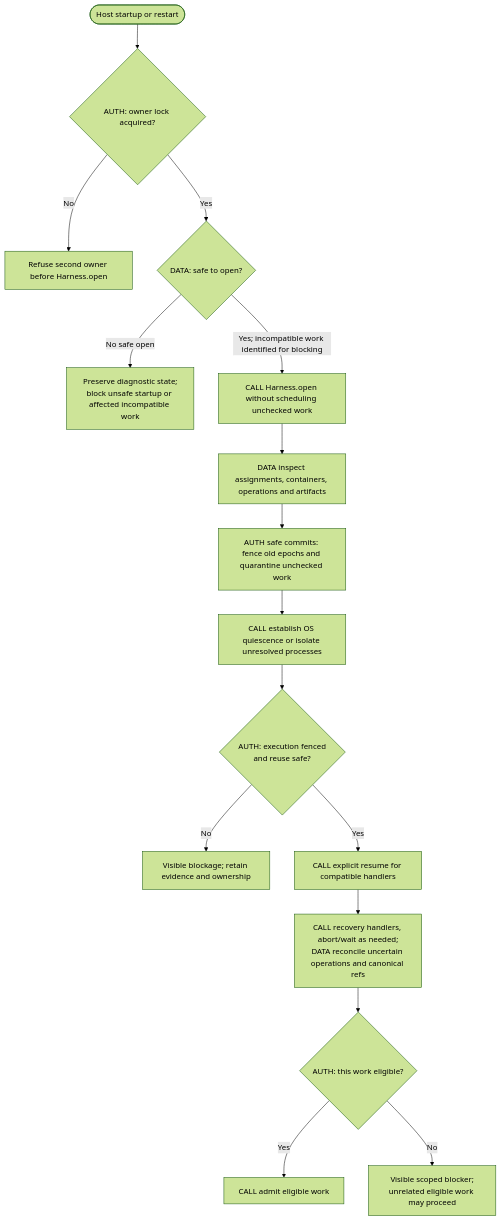
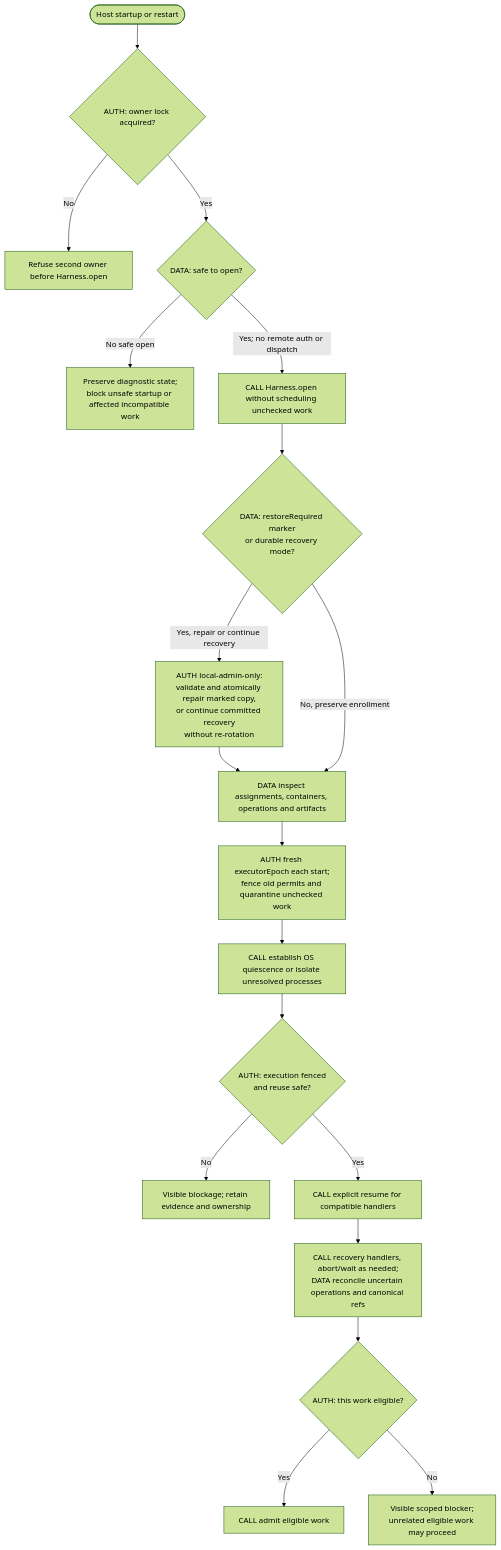
Before and after one commit to vicrdguez/render: diagram 12 of 13 in docs/spec.md, drawn with Mermaid (forest theme). The commit also changed other lines of this file and 1 other file, not shown here.

````diff
--- a/docs/spec.md
+++ b/docs/spec.md
@@ -852,30 +1127,36 @@
 ```mermaid
 flowchart TD
     Start(["Host startup or restart"])
     Lock{"AUTH: owner lock acquired?"}
     Refuse["Refuse second owner before Harness.open"]
     Compat{"DATA: safe to open?"}
     Diagnose["Preserve diagnostic state;<br/>block unsafe startup or affected incompatible work"]
     Open["CALL Harness.open without scheduling unchecked work"]
+    Restore{"DATA: restoreRequired marker<br/>or durable recovery mode?"}
+    Repair["AUTH local-admin-only:<br/>validate and atomically repair marked copy,<br/>or continue committed recovery<br/>without re-rotation"]
     Inspect["DATA inspect assignments, containers, operations and artifacts"]
-    Fence["AUTH safe commits: fence old epochs and quarantine unchecked work"]
+    Fence["AUTH fresh executorEpoch each start;<br/>fence old permits and quarantine unchecked work"]
     Stop["CALL establish OS quiescence or isolate unresolved processes"]
     Safe{"AUTH: execution fenced<br/>and reuse safe?"}
     Hold["Visible blockage; retain evidence and ownership"]
     Resume["CALL explicit resume for compatible handlers"]
     Reconcile["CALL recovery handlers, abort/wait as needed;<br/>DATA reconcile uncertain operations and canonical refs"]
     Eligible{"AUTH: this work eligible?"}
     Run["CALL admit eligible work"]
     Block["Visible scoped blocker;<br/>unrelated eligible work may proceed"]
     Start --> Lock
     Lock -->|"No"| Refuse
     Lock -->|"Yes"| Compat
     Compat -->|"No safe open"| Diagnose
-    Compat -->|"Yes; incompatible work identified for blocking"| Open
-    Open --> Inspect --> Fence --> Stop --> Safe
+    Compat -->|"Yes; no remote auth or dispatch"| Open
+    Open --> Restore
+    Restore -->|"Yes, repair or continue recovery"| Repair
+    Repair --> Inspect
+    Restore -->|"No, preserve enrollment"| Inspect
+    Inspect --> Fence --> Stop --> Safe
     Safe -->|"No"| Hold
     Safe -->|"Yes"| Resume
     Resume --> Reconcile --> Eligible
     Eligible -->|"Yes"| Run
     Eligible -->|"No"| Block
 ```
````
